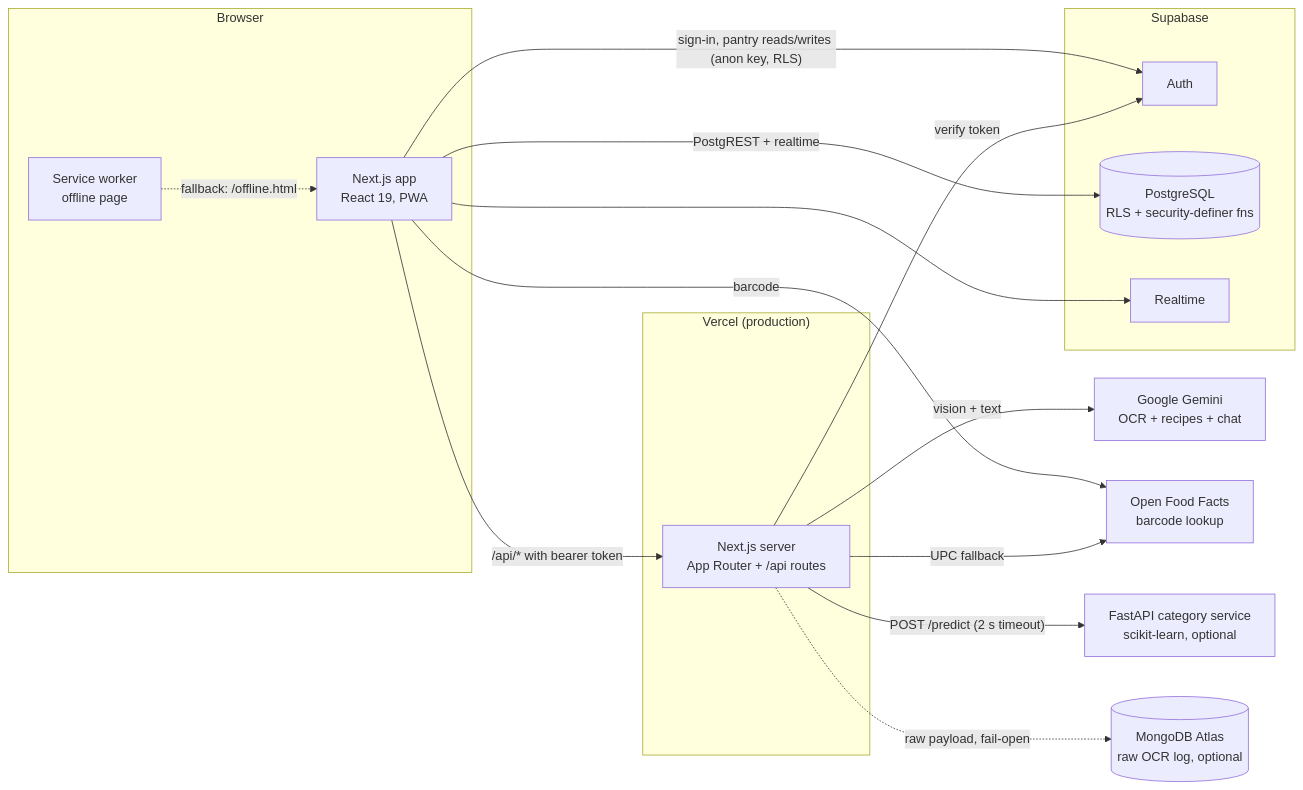
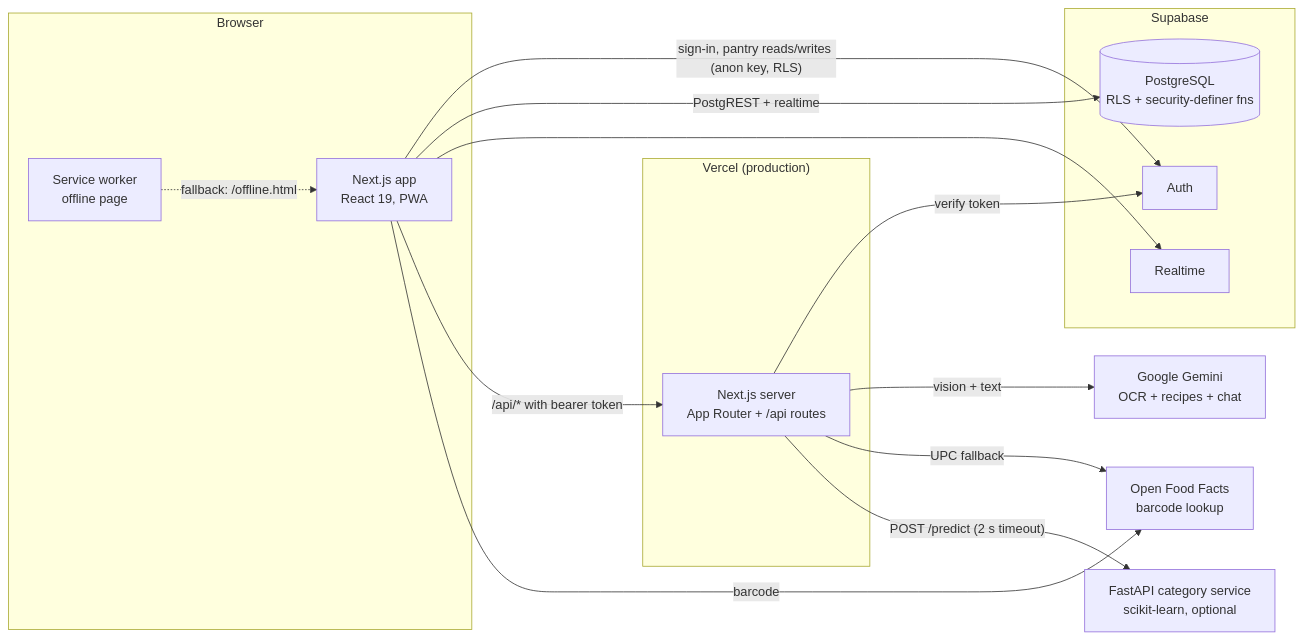
One commit to npshetty25/NutriTrusto changed the diagram in docs/ARCHITECTURE.md. Above: the diagram before and after it, drawn with Mermaid. The commit also changed other lines of this file and 3 other files, not shown here.

````diff
--- a/docs/ARCHITECTURE.md
+++ b/docs/ARCHITECTURE.md
@@ -5,34 +5,32 @@
 ```mermaid
 flowchart LR
   subgraph Browser
     UI[Next.js app<br/>React 19, PWA]
     SW[Service worker<br/>offline page]
   end
 
   subgraph Vercel["Vercel (production)"]
     NEXT[Next.js server<br/>App Router + /api routes]
   end
 
   subgraph Supabase
     AUTH[Auth]
     PG[(PostgreSQL<br/>RLS + security-definer fns)]
     RT[Realtime]
   end
 
   GEM[Google Gemini<br/>OCR + recipes + chat]
   OFF[Open Food Facts<br/>barcode lookup]
   ML[FastAPI category service<br/>scikit-learn, optional]
-  MONGO[(MongoDB Atlas<br/>raw OCR log, optional)]
 
   UI -- "sign-in, pantry reads/writes (anon key, RLS)" --> AUTH
   UI -- "PostgREST + realtime" --> PG
   UI --> RT
   UI -- "/api/* with bearer token" --> NEXT
   UI -- "barcode" --> OFF
   SW -. "fallback: /offline.html" .-> UI
   NEXT -- "verify token" --> AUTH
   NEXT -- "vision + text" --> GEM
   NEXT -- "UPC fallback" --> OFF
   NEXT -- "POST /predict (2 s timeout)" --> ML
-  NEXT -. "raw payload, fail-open" .-> MONGO
 ```
````
